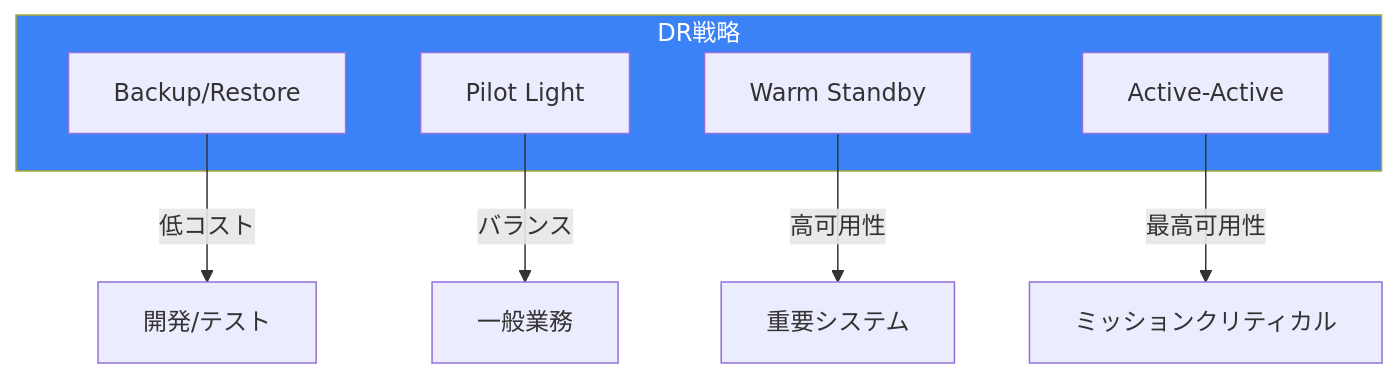
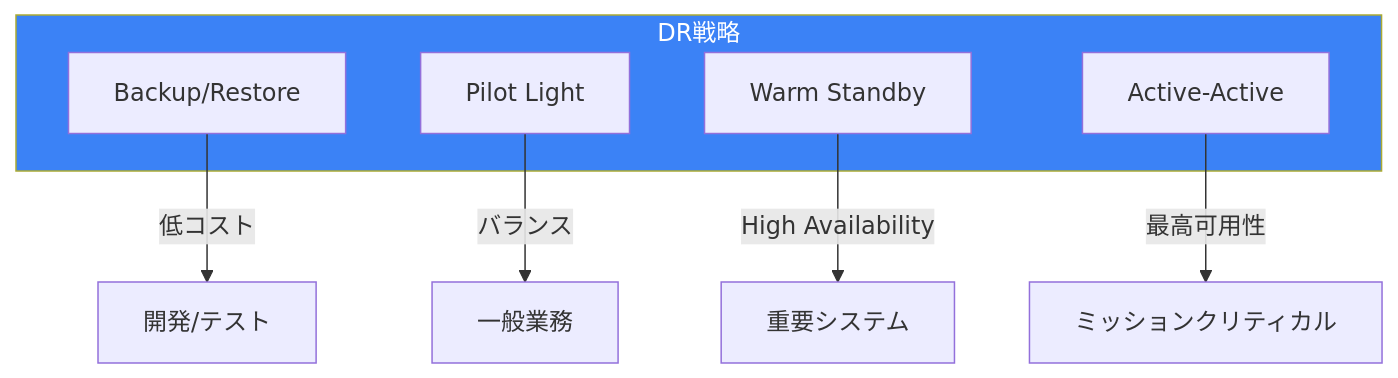
One commit to shunkus/shunku.net changed the tenth of 10 diagrams in content/blog/ja/aws-disaster-recovery.md. Above: the diagram before and after it, drawn with Mermaid. The commit also changed other lines of this file and 56 other files, not shown here.

````diff
--- a/content/blog/ja/aws-disaster-recovery.md
+++ b/content/blog/ja/aws-disaster-recovery.md
@@ -434,16 +434,16 @@
 ```mermaid
 flowchart TB
     subgraph DRStrategy["DR戦略"]
         BR["Backup/Restore"]
         PL["Pilot Light"]
         WS["Warm Standby"]
         AA["Active-Active"]
     end
 
     BR --> |"低コスト"| LowCost["開発/テスト"]
     PL --> |"バランス"| Balance["一般業務"]
-    WS --> |"高可用性"| HighAvail["重要システム"]
+    WS --> |"High Availability"| HighAvail["重要システム"]
     AA --> |"最高可用性"| Critical["ミッションクリティカル"]
 
     style DRStrategy fill:#3b82f6,color:#fff
 ```
````
